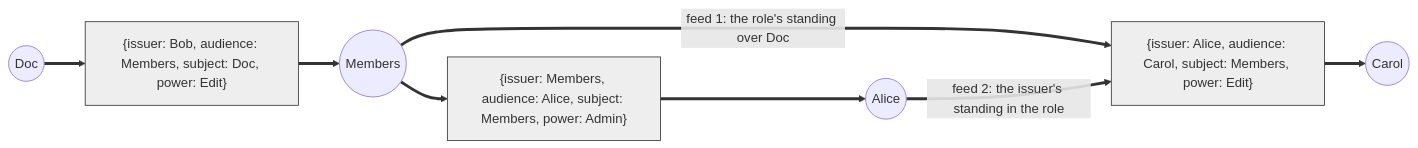
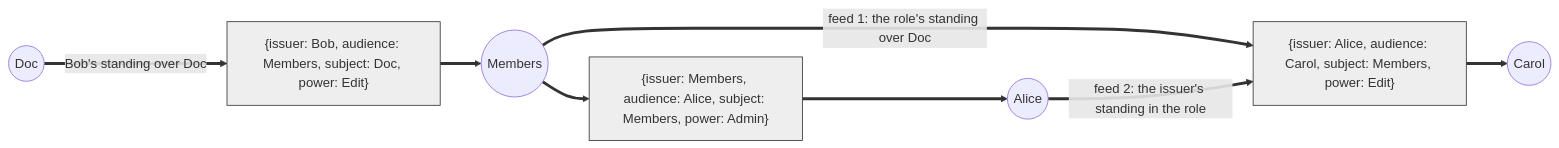
One commit to inkandswitch/keyhive changed the second of 2 diagrams in design/keyline/README.md. Above: the diagram before and after it, drawn with Mermaid. The commit also changed other lines of this file and 18 other files, not shown here.

````diff
--- a/design/keyline/README.md
+++ b/design/keyline/README.md
@@ -175,19 +175,19 @@
 ```mermaid
 flowchart LR
     classDef cert fill:#eee,stroke:#333
 
     Doc((Doc))
     Members((Members))
     Alice((Alice))
     Carol((Carol))
 
     supply["{issuer: Bob, audience: Members, subject: Doc, power: Edit}"]:::cert
     roster["{issuer: Members, audience: Alice, subject: Members, power: Admin}"]:::cert
     sponsor["{issuer: Alice, audience: Carol, subject: Members, power: Edit}"]:::cert
 
-    Doc ==> supply ==> Members
+    Doc ==>|"Bob's standing over Doc"| supply ==> Members
     Members ==> roster ==> Alice
     Members ==>|"feed 1: the role's standing over Doc"| sponsor
     Alice ==>|"feed 2: the issuer's standing in the role"| sponsor
     sponsor ==> Carol
 ```
````
